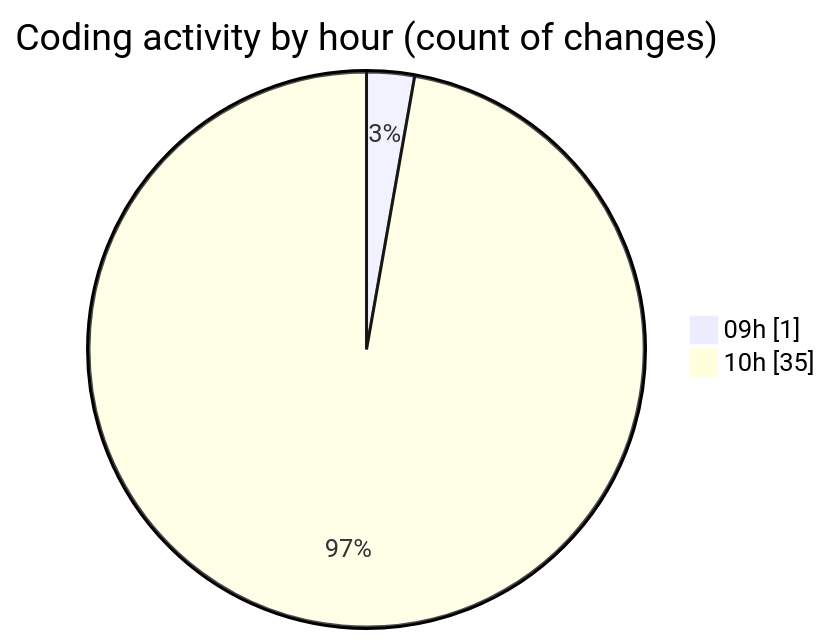
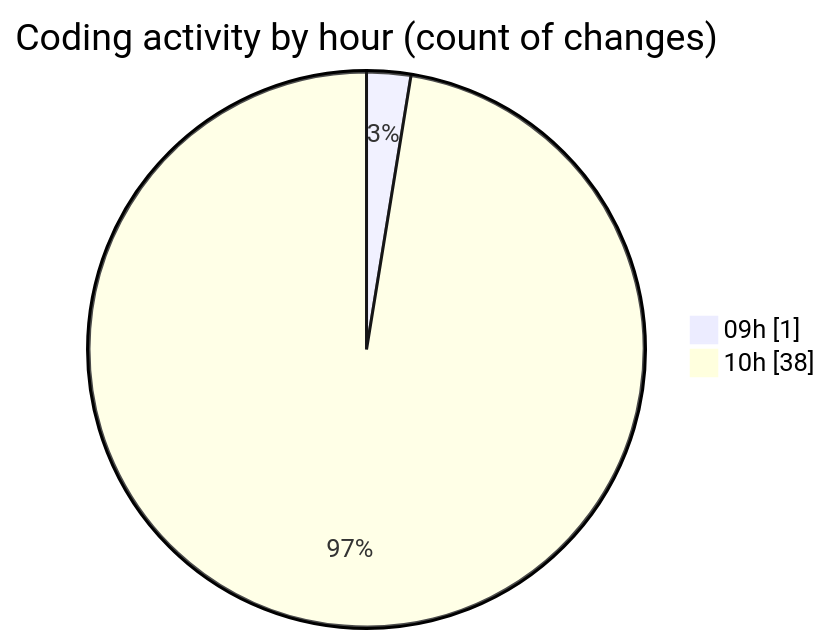
One commit to momahboobian/code-tracking changed the second of 2 diagrams in 2026-01-07/cda/README.md. Above: the diagram before and after it, drawn with Mermaid. The commit also changed other lines of this file and 1 other file, not shown here.

````diff
--- a/2026-01-07/cda/README.md
+++ b/2026-01-07/cda/README.md
@@ -46,6 +46,6 @@
 ```mermaid
 pie showData
 title Coding activity by hour (count of changes)
 "09h" : 1
-"10h" : 35
+"10h" : 38
 ```
````
